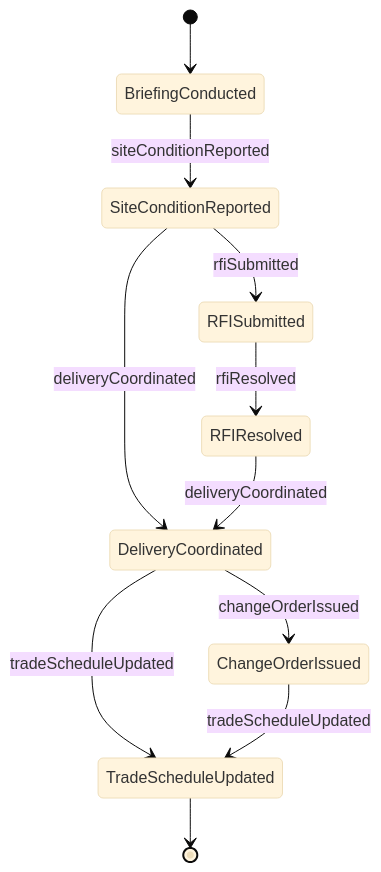
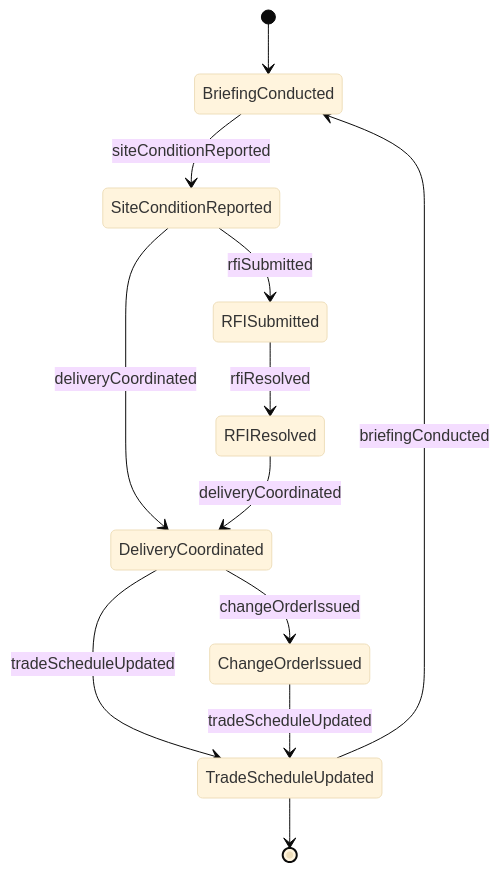
One commit to dot-org-ai/tasks.org.ai changed the second of 4 diagrams in CommunicatingWithSupervisorsPeersOrSubordinates/CommunicateWithOthersAboutOperationalPlansOrActivities/CommunicateConstructionExtractionPersonnelDiscuss.mdx. Above: the diagram before and after it, drawn with Mermaid (base theme). The commit also changed 515 other files, not shown here.

````diff
--- a/CommunicatingWithSupervisorsPeersOrSubordinates/CommunicateWithOthersAboutOperationalPlansOrActivities/CommunicateConstructionExtractionPersonnelDiscuss.mdx
+++ b/CommunicatingWithSupervisorsPeersOrSubordinates/CommunicateWithOthersAboutOperationalPlansOrActivities/CommunicateConstructionExtractionPersonnelDiscuss.mdx
@@ -97,13 +97,14 @@
 ```mermaid
 stateDiagram-v2
     [*] --> BriefingConducted
     BriefingConducted --> SiteConditionReported : siteConditionReported
     SiteConditionReported --> RFISubmitted : rfiSubmitted
     SiteConditionReported --> DeliveryCoordinated : deliveryCoordinated
     RFISubmitted --> RFIResolved : rfiResolved
     RFIResolved --> DeliveryCoordinated : deliveryCoordinated
     DeliveryCoordinated --> ChangeOrderIssued : changeOrderIssued
     DeliveryCoordinated --> TradeScheduleUpdated : tradeScheduleUpdated
     ChangeOrderIssued --> TradeScheduleUpdated : tradeScheduleUpdated
+    TradeScheduleUpdated --> BriefingConducted : briefingConducted
     TradeScheduleUpdated --> [*]
 ```
````
